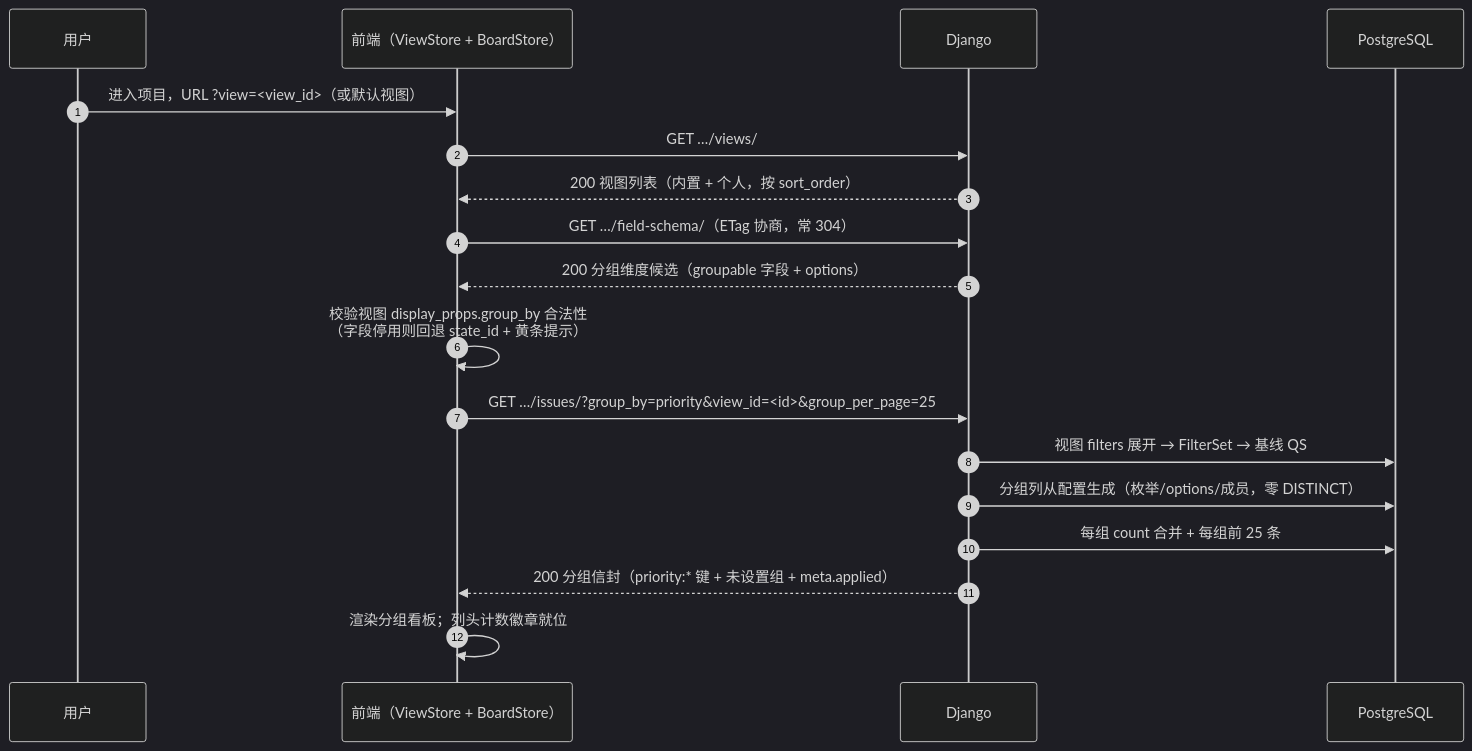
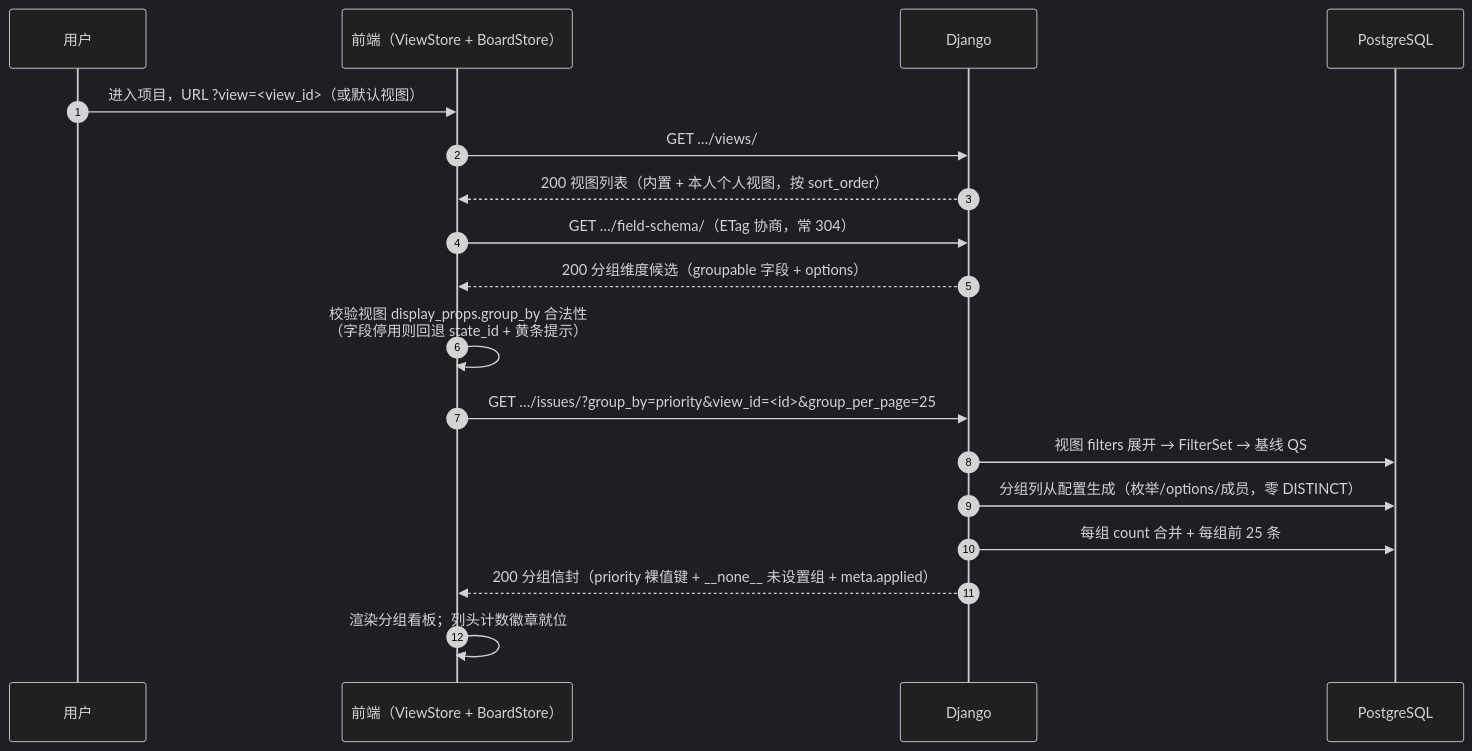
The second of 3 diagrams in docs/sprint-3-views-collab/BOARD-003-multi-kanban.md (RabbitAI-Lab/RabbitProjects), drawn with Mermaid (dark theme) before and after one commit. The commit also changed other lines of this file, not shown here.

````diff
--- a/docs/sprint-3-views-collab/BOARD-003-multi-kanban.md
+++ b/docs/sprint-3-views-collab/BOARD-003-multi-kanban.md
@@ -121,21 +123,21 @@
 ```mermaid
 sequenceDiagram
     autonumber
     participant U as 用户
     participant FE as 前端（ViewStore + BoardStore）
     participant API as Django
     participant PG as PostgreSQL
 
     U->>FE: 进入项目，URL ?view=<view_id>（或默认视图）
     FE->>API: GET …/views/
-    API-->>FE: 200 视图列表（内置 + 个人，按 sort_order）
+    API-->>FE: 200 视图列表（内置 + 本人个人视图，按 sort_order）
     FE->>API: GET …/field-schema/（ETag 协商，常 304）
     API-->>FE: 200 分组维度候选（groupable 字段 + options）
     FE->>FE: 校验视图 display_props.group_by 合法性<br/>（字段停用则回退 state_id + 黄条提示）
     FE->>API: GET …/issues/?group_by=priority&view_id=<id>&group_per_page=25
     API->>PG: 视图 filters 展开 → FilterSet → 基线 QS
     API->>PG: 分组列从配置生成（枚举/options/成员，零 DISTINCT）
     API->>PG: 每组 count 合并 + 每组前 25 条
-    API-->>FE: 200 分组信封（priority:* 键 + 未设置组 + meta.applied）
+    API-->>FE: 200 分组信封（priority 裸值键 + __none__ 未设置组 + meta.applied）
     FE->>FE: 渲染分组看板；列头计数徽章就位
 ```
````
